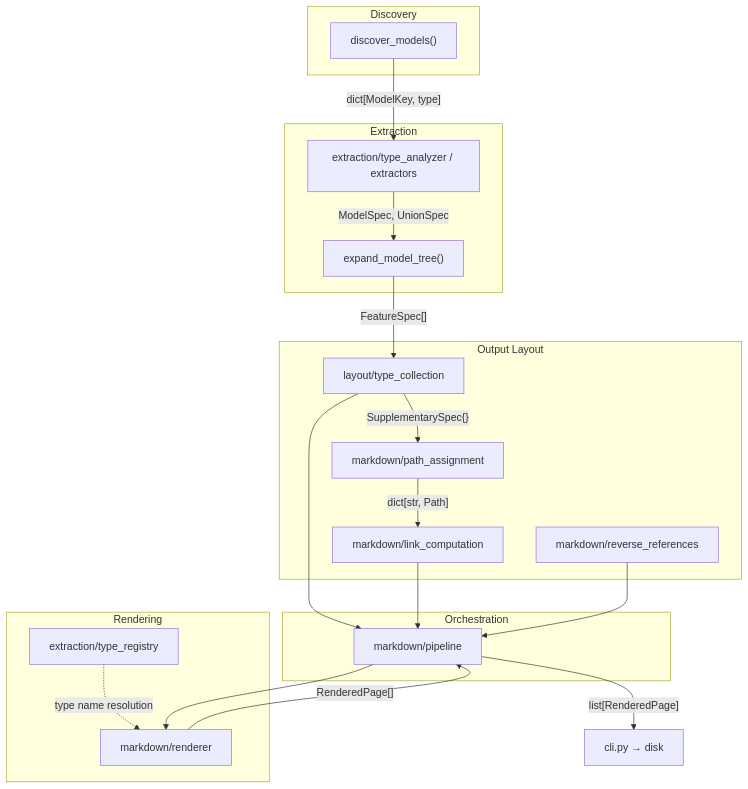
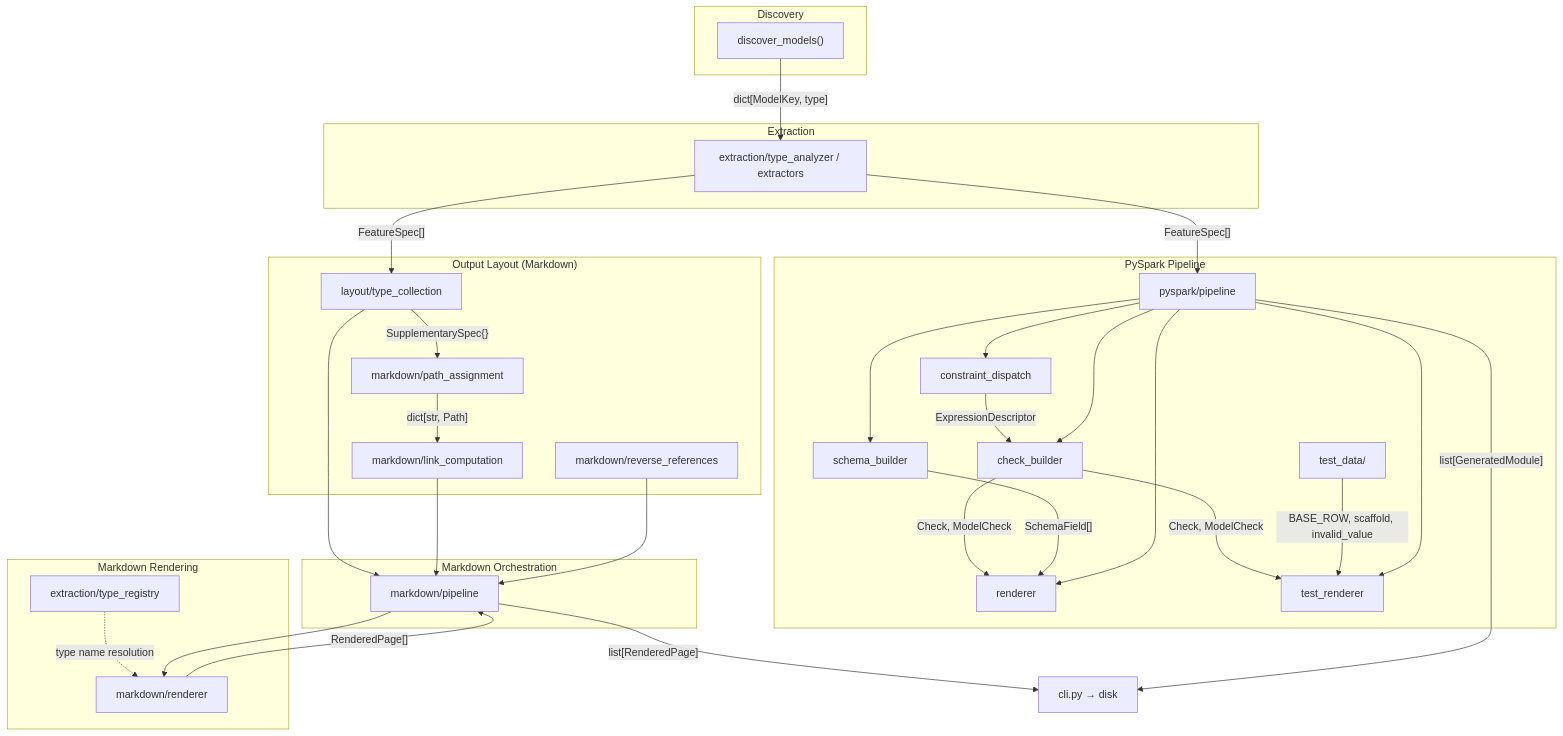
One commit to OvertureMaps/schema changed the diagram in packages/overture-schema-codegen/docs/design.md. Above: the diagram before and after it, drawn with Mermaid. The commit also changed other lines of this file and 115 other files, not shown here.

First line of the commit message:
feat(pyspark): introduce package with codegen pipeline and CLI

````diff
--- a/packages/overture-schema-codegen/docs/design.md
+++ b/packages/overture-schema-codegen/docs/design.md
@@ -68,38 +76,57 @@
 ```mermaid
 graph TD
     subgraph Discovery
         DM["discover_models()"]
     end
 
     DM -->|"dict[ModelKey, type]"| EX
 
     subgraph Extraction
         EX["extraction/type_analyzer / extractors"]
-        EX -->|"ModelSpec, UnionSpec"| TREE["expand_model_tree()"]
     end
 
-    TREE -->|"FeatureSpec[]"| OL
+    EX -->|"FeatureSpec[]"| OL
+    EX -->|"FeatureSpec[]"| PS
 
-    subgraph "Output Layout"
+    subgraph "Output Layout (Markdown)"
         OL["layout/type_collection"]
         OL -->|"SupplementarySpec{}"| PA["markdown/path_assignment"]
         PA -->|"dict[str, Path]"| LC["markdown/link_computation"]
         RR["markdown/reverse_references"]
     end
 
-    subgraph Rendering
+    subgraph "Markdown Rendering"
         R["markdown/renderer"]
         TR["extraction/type_registry"] -.->|"type name resolution"| R
     end
 
-    subgraph Orchestration
+    subgraph "Markdown Orchestration"
         MP["markdown/pipeline"]
     end
 
     OL --> MP
     LC --> MP
     RR --> MP
     MP --> R
     R -->|"RenderedPage[]"| MP
+
+    subgraph "PySpark Pipeline"
+        PS["pyspark/pipeline"]
+        CD["constraint_dispatch"] -->|"ExpressionDescriptor"| CB
+        CB["check_builder"] -->|"Check, ModelCheck"| PR
+        SB["schema_builder"] -->|"SchemaField[]"| PR
+        CB -->|"Check, ModelCheck"| PTR
+        SY["test_data/"] -->|"BASE_ROW, scaffold, invalid_value"| PTR
+        PR["renderer"]
+        PTR["test_renderer"]
+    end
+
+    PS --> CD
+    PS --> CB
+    PS --> SB
+    PS --> PR
+    PS --> PTR
+
     MP -->|"list[RenderedPage]"| CLI["cli.py → disk"]
+    PS -->|"list[GeneratedModule]"| CLI
 ```
````
